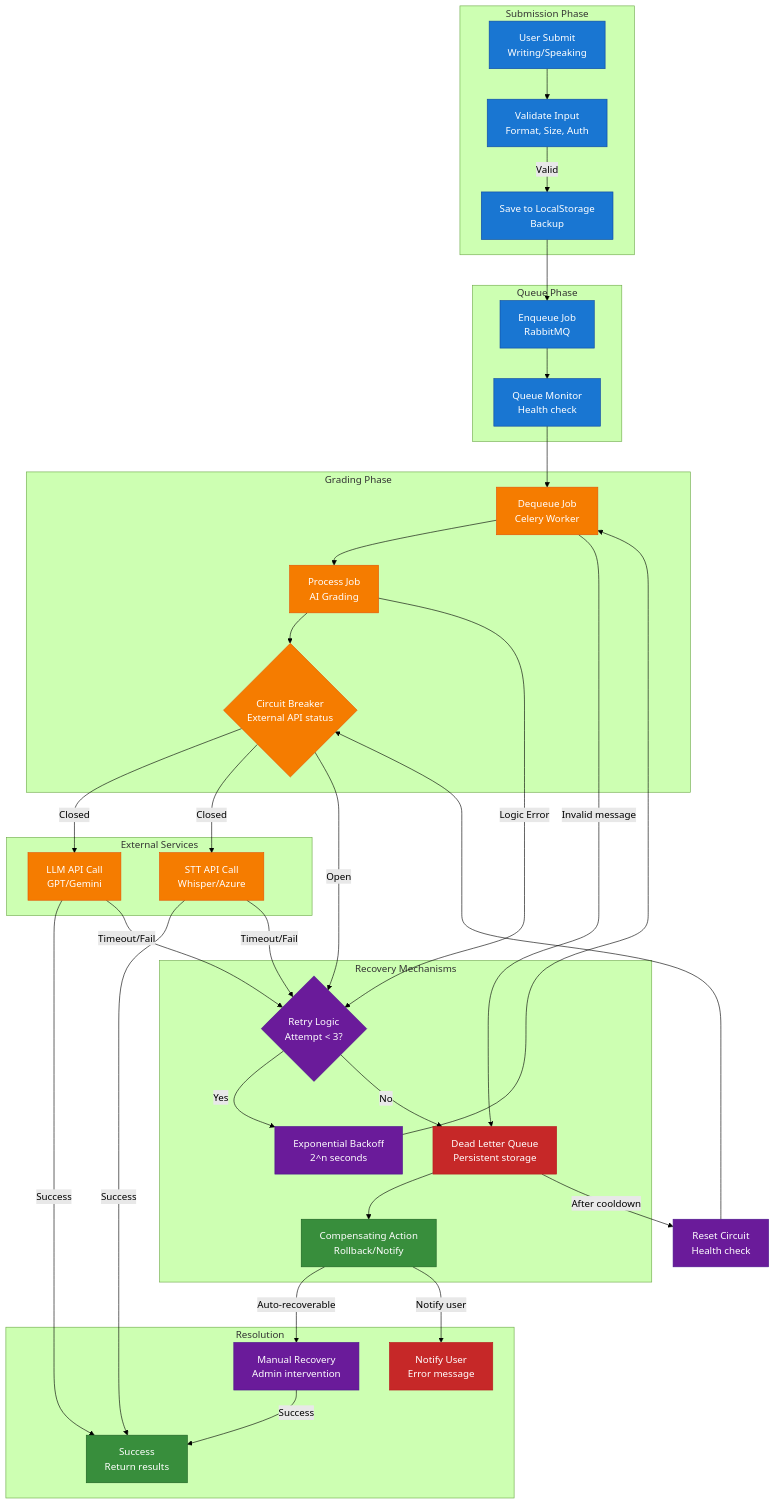
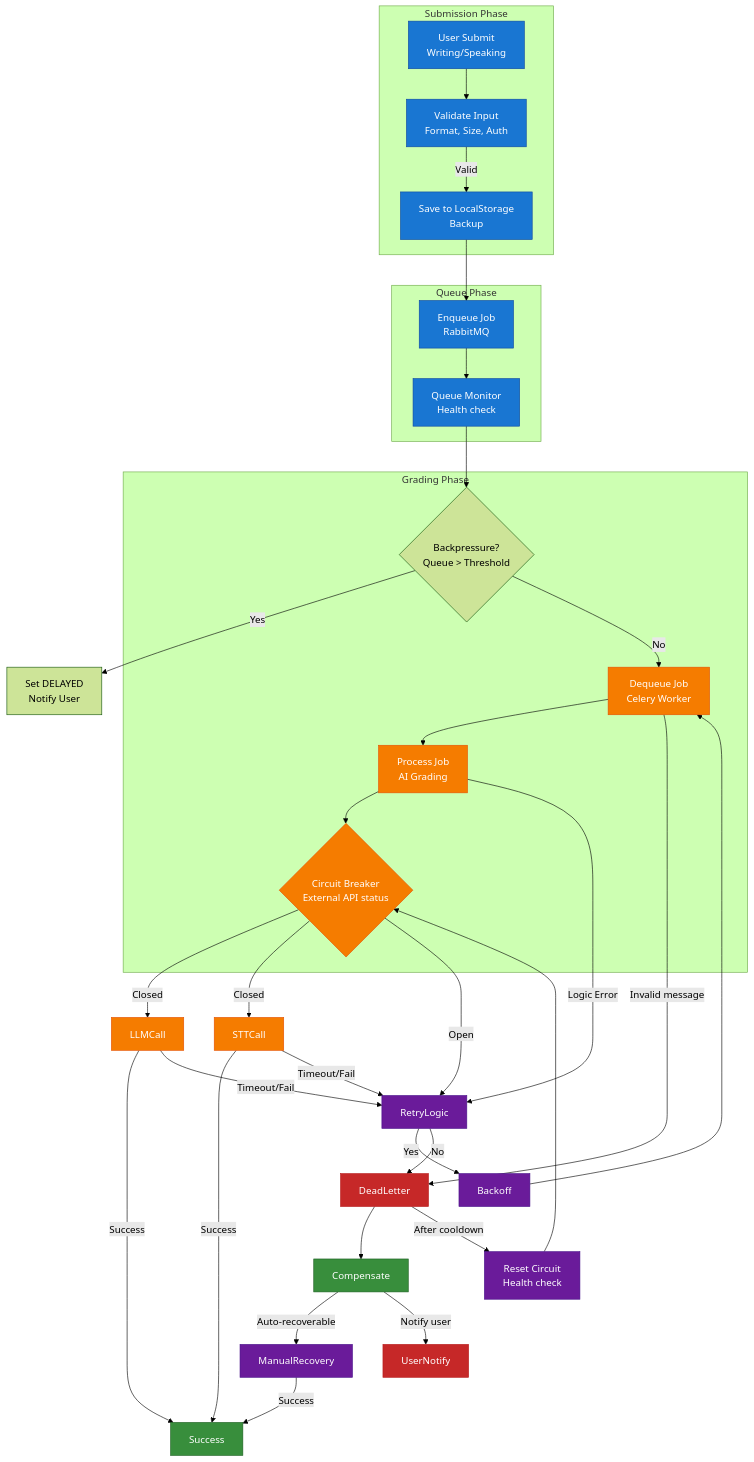
The second of 13 diagrams in docs/capstone/diagrams/flow-diagrams.vi.md (nghyane/VSTEP), drawn with Mermaid (forest theme) before and after one commit. The commit also changed other lines of this file and 6 other files, not shown here.

First line of the commit message:
refactor(specs): optimize grading, reliability, and data schemas

```diff
--- a/docs/capstone/diagrams/flow-diagrams.vi.md
+++ b/docs/capstone/diagrams/flow-diagrams.vi.md
@@ -185,24 +185,7 @@
         Dequeue["Dequeue Job<br/>Celery Worker"]
         Process["Process Job<br/>AI Grading"]
         CircuitBreaker{"Circuit Breaker<br/>External API status"}
-    end
-
-    subgraph ExternalAPI ["External Services"]
-        LLMCall["LLM API Call<br/>GPT/Gemini"]
-        STTCall["STT API Call<br/>Whisper/Azure"]
-    end
-
-    subgraph Recovery ["Recovery Mechanisms"]
-        RetryLogic{"Retry Logic<br/>Attempt < 3?"}
-        Backoff["Exponential Backoff<br/>2^n seconds"]
-        DeadLetter["Dead Letter Queue<br/>Persistent storage"]
-        Compensate["Compensating Action<br/>Rollback/Notify"]
-    end
-
-    subgraph Final ["Resolution"]
-        Success["Success<br/>Return results"]
-        ManualRecovery["Manual Recovery<br/>Admin intervention"]
-        UserNotify["Notify User<br/>Error message"]
+        QueueBackpressure{"Backpressure?<br/>Queue > Threshold"}
     end
 
     %% Main flow
@@ -210,7 +193,9 @@
     Validate -->|"Valid"| SaveLocal
     SaveLocal --> EnqueueJob
     EnqueueJob --> QueueMonitor
-    QueueMonitor --> Dequeue
+    QueueMonitor --> QueueBackpressure
+    QueueBackpressure -->|"Yes"| DelayedState["Set DELAYED<br/>Notify User"]
+    QueueBackpressure -->|"No"| Dequeue
     Dequeue --> Process
     Process --> CircuitBreaker
 
```
